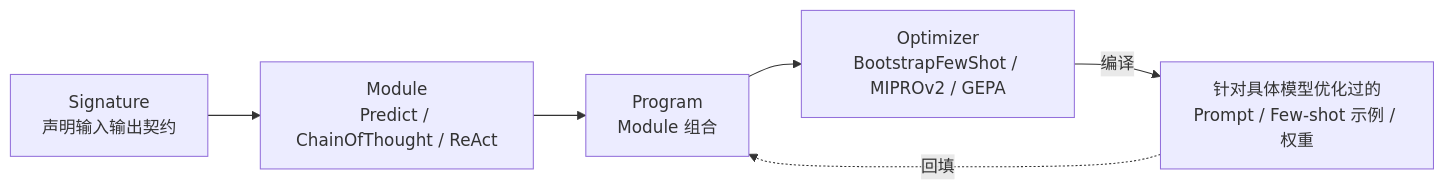
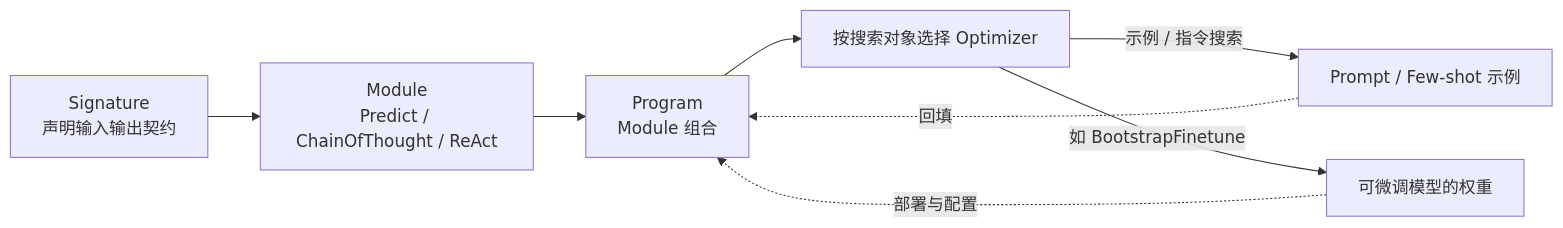
Before and after one commit to oneleaveknowsthefall/awesome-ai-roadmap: the diagram in docs/frameworks/03-dspy/README.md, drawn with Mermaid. The commit also changed other lines of this file and 61 other files, not shown here.

````diff
--- a/docs/frameworks/03-dspy/README.md
+++ b/docs/frameworks/03-dspy/README.md
@@ -12,8 +16,10 @@
 ```mermaid
 flowchart LR
     A["Signature<br/>声明输入输出契约"] --> B["Module<br/>Predict / ChainOfThought / ReAct"]
     B --> C["Program<br/>Module 组合"]
-    C --> D["Optimizer<br/>BootstrapFewShot / MIPROv2 / GEPA"]
-    D -->|"编译"| E["针对具体模型优化过的<br/>Prompt / Few-shot 示例 / 权重"]
+    C --> D["按搜索对象选择 Optimizer"]
+    D -->|"示例 / 指令搜索"| E["Prompt / Few-shot 示例"]
+    D -->|"如 BootstrapFinetune"| F["可微调模型的权重"]
     E -.回填.-> C
+    F -.部署与配置.-> C
 ```
````
